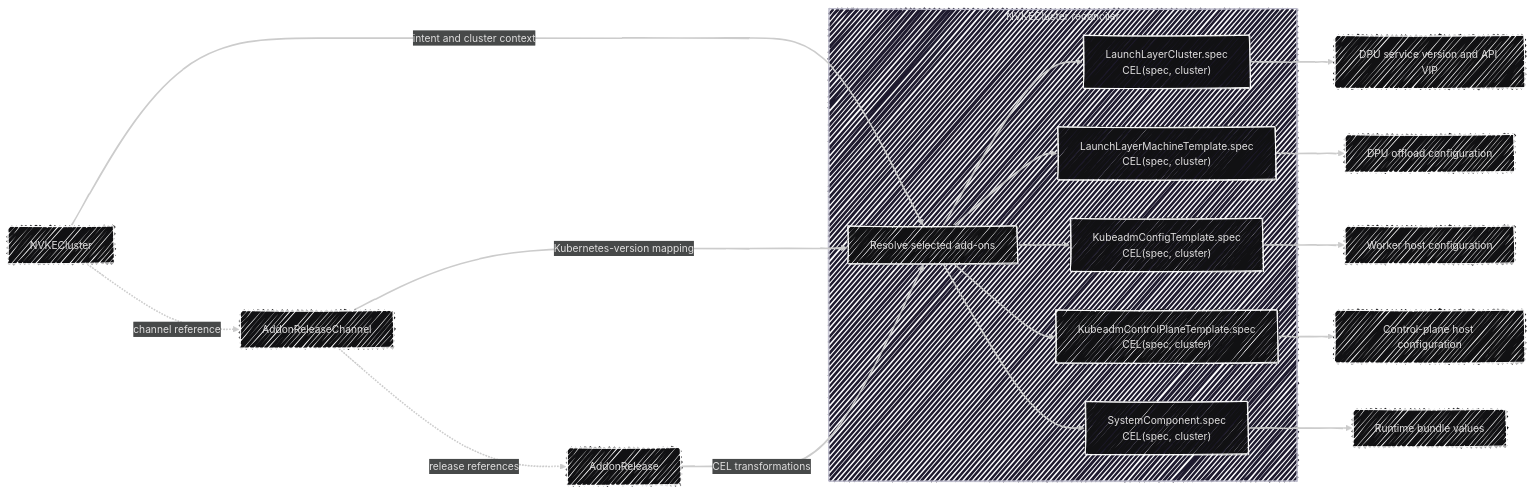
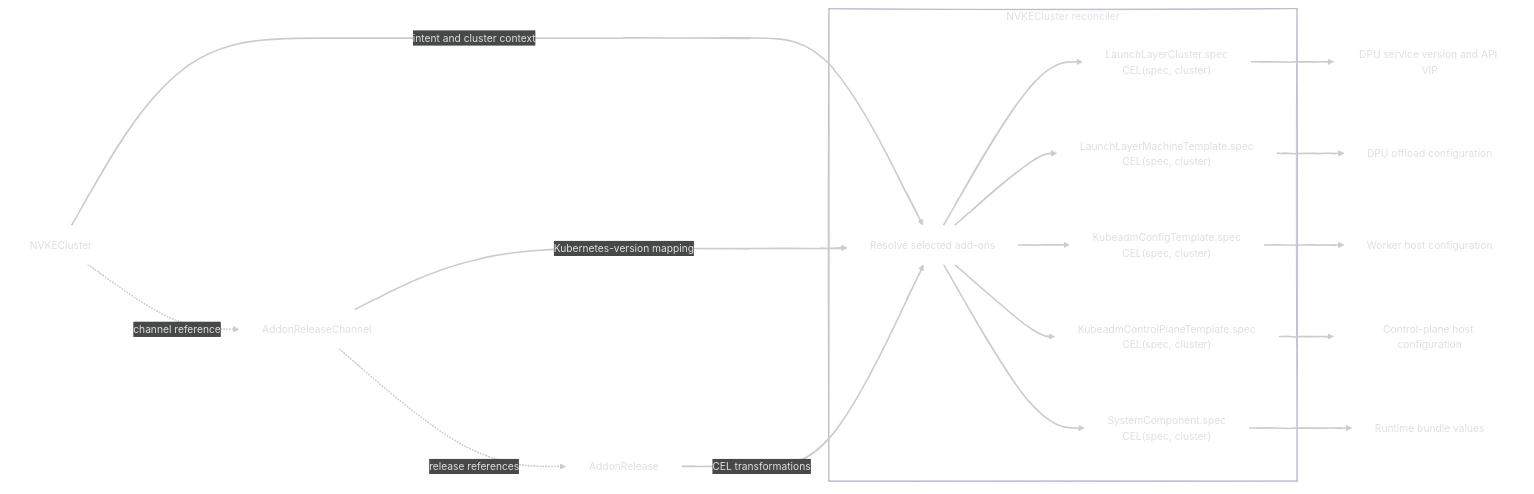
Before and after one commit to Jay-Madden/nvke: the first of 2 diagrams in docs/adrs/20261123-addon-system.md, drawn with Mermaid. The commit also changed other lines of this file, not shown here.

Commit message:
chore: fix some mermaid stuff

````diff
--- a/docs/adrs/20261123-addon-system.md
+++ b/docs/adrs/20261123-addon-system.md
@@ -16,30 +16,33 @@
  ```mermaid
    %%{init: {"theme": "redux-dark-color", "look": "handDrawn"}}%%
    flowchart LR
        cluster["NVKECluster"]
        channel["AddonReleaseChannel"]
        release["AddonRelease"]
 
        cluster -.->|channel reference| channel
        channel -.->|release references| release
 
        cluster -->|intent and cluster context| resolve
        channel -->|Kubernetes-version mapping| resolve
        release -->|CEL transformations| resolve
 
        subgraph reconciler["NVKECluster reconciler"]
            resolve["Resolve selected add-ons"]
 
            resolve --> infra["LaunchLayerCluster.spec<br/>CEL(spec, cluster)"]
            resolve --> machine["LaunchLayerMachineTemplate.spec<br/>CEL(spec, cluster)"]
            resolve --> bootstrap["KubeadmConfigTemplate.spec<br/>CEL(spec, cluster)"]
            resolve --> controlPlane["KubeadmControlPlaneTemplate.spec<br/>CEL(spec, cluster)"]
            resolve --> runtime["SystemComponent.spec<br/>CEL(spec, cluster)"]
        end
 
        infra --> infraOut["DPU service version and API VIP"]
        machine --> machineOut["DPU offload configuration"]
        bootstrap --> bootstrapOut["Worker host configuration"]
        controlPlane --> controlPlaneOut["Control-plane host configuration"]
        runtime --> runtimeOut["Runtime bundle values"]
+
+       classDef default fill:none;
+       style reconciler fill:none;
  ```
````
